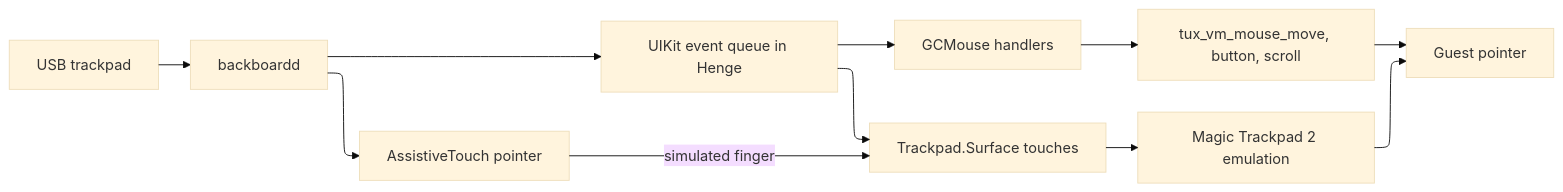
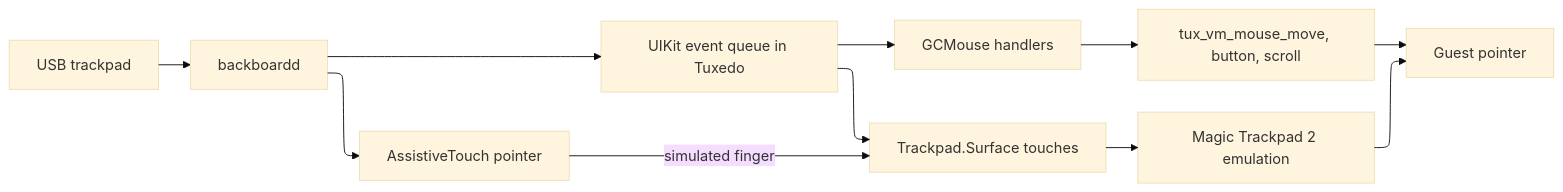
Before and after one commit to Senyeah/Tuxedo: the diagram in docs/mouse-capture-ios.md, drawn with Mermaid (base theme). The commit also changed 232 other files, not shown here.

````diff
--- a/docs/mouse-capture-ios.md
+++ b/docs/mouse-capture-ios.md
@@ -28,17 +28,17 @@
 ```mermaid
 ---
 config:
   layout: elk
 ---
 flowchart LR
     dev[USB trackpad] --> bb[backboardd]
     bb --> at[AssistiveTouch pointer]
-    bb --> app[UIKit event queue in Henge]
+    bb --> app[UIKit event queue in Tuxedo]
     app --> gc[GCMouse handlers]
     app --> touch[Trackpad.Surface touches]
     at -->|simulated finger| touch
     gc --> rel[tux_vm_mouse_move, button, scroll]
     touch --> pad[Magic Trackpad 2 emulation]
     rel --> guest[Guest pointer]
     pad --> guest
 ```
````
